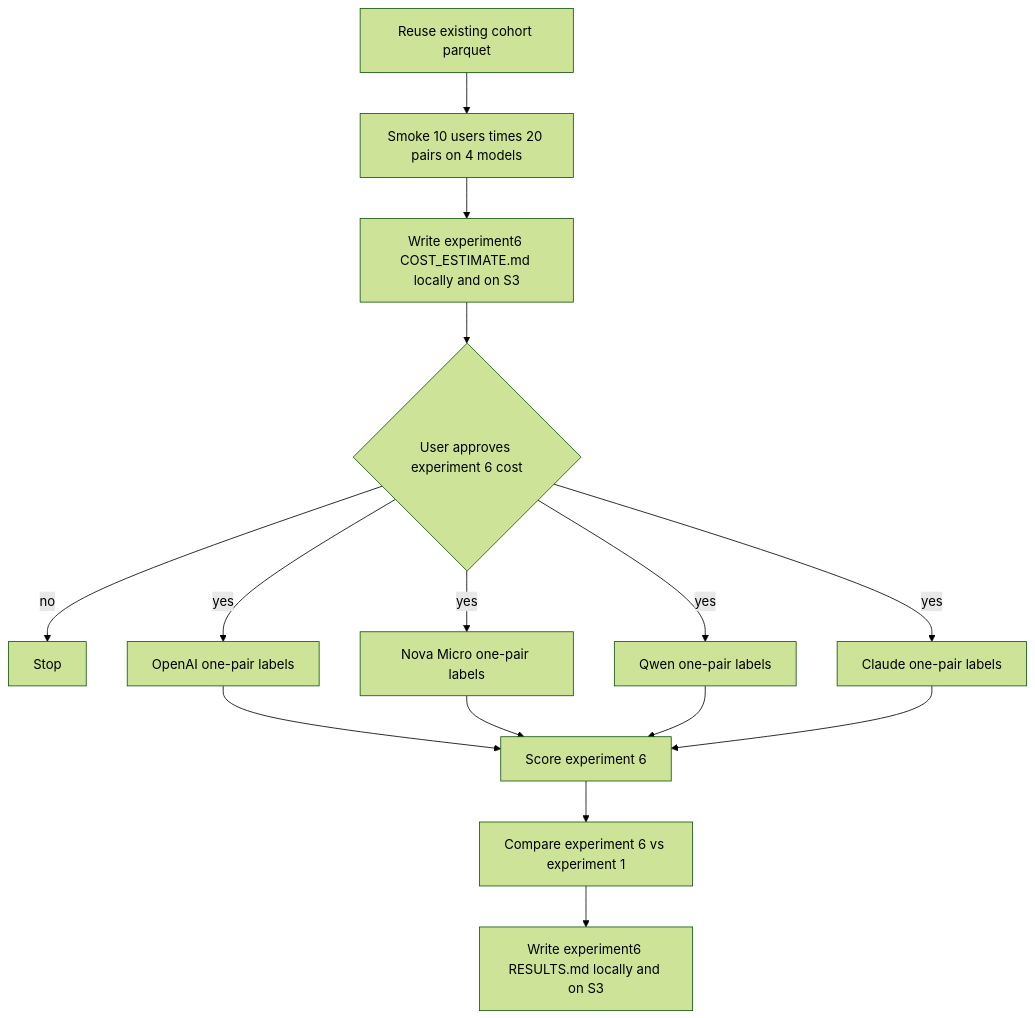
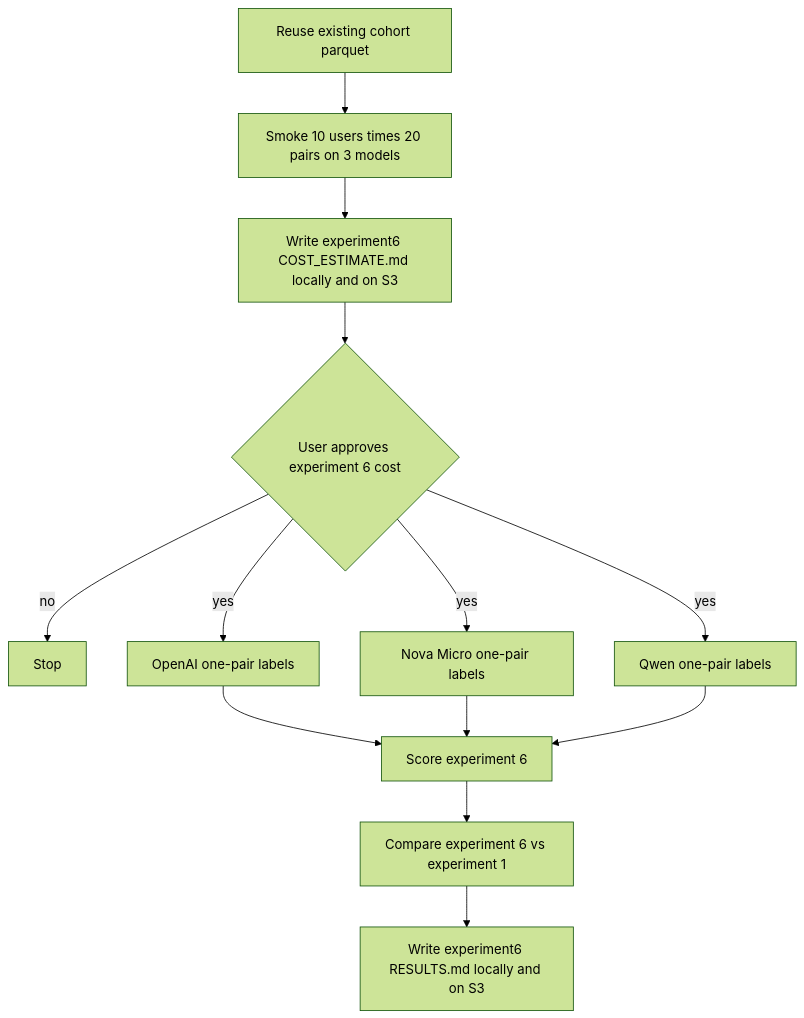
The diagram in docs/plans/2026-09-12_ai_simulation_experiment6_795df1/plan.md (METResearchGroup/mirrorView-task), drawn with Mermaid (forest theme) before and after one commit. The commit also changed other lines of this file and 4 other files, not shown here.

First line of the commit message:
Lock experiment 6 plan: no Claude, yes/no, 998 users

````diff
--- a/docs/plans/2026-09-12_ai_simulation_experiment6_795df1/plan.md
+++ b/docs/plans/2026-09-12_ai_simulation_experiment6_795df1/plan.md
@@ -17,17 +17,15 @@
 ```mermaid
 flowchart TD
-    A[Reuse existing cohort parquet] --> B[Smoke 10 users times 20 pairs on 4 models]
+    A[Reuse existing cohort parquet] --> B[Smoke 10 users times 20 pairs on 3 models]
     B --> C[Write experiment6 COST_ESTIMATE.md locally and on S3]
     C --> D{User approves experiment 6 cost}
     D -->|no| STOP[Stop]
     D -->|yes| E1[OpenAI one-pair labels]
     D -->|yes| E2[Nova Micro one-pair labels]
     D -->|yes| E3[Qwen one-pair labels]
-    D -->|yes| E4[Claude one-pair labels]
     E1 --> F[Score experiment 6]
     E2 --> F
     E3 --> F
-    E4 --> F
     F --> G[Compare experiment 6 vs experiment 1]
     G --> H[Write experiment6 RESULTS.md locally and on S3]
 ```
````
